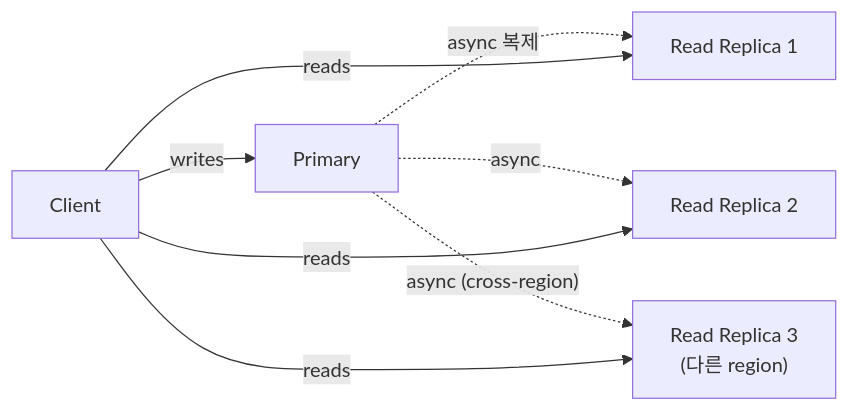
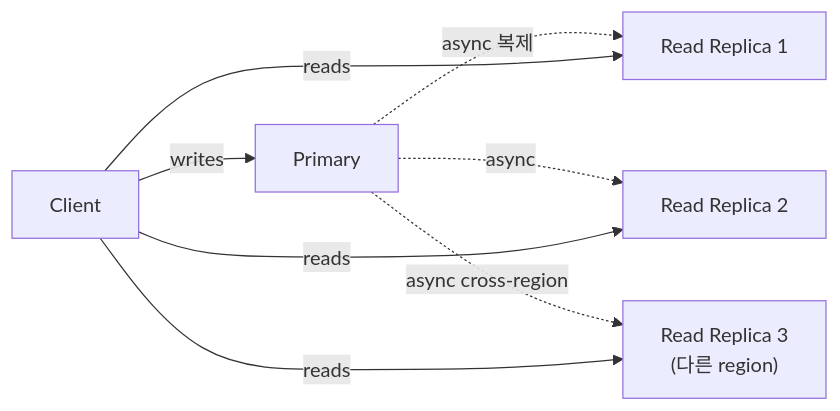
Before and after one commit to shinkeonkim/shinkeonkim.github.io: the second of 6 diagrams in src/content/wiki/cloud/aws-rds-multi-az.mdx, drawn with Mermaid. The commit also changed other lines of this file and 526 other files, not shown here.

First line of the commit message:
content(wiki): 전수조사 및 대규모 보강 (짧은 파일 0, mermaid +645)

````diff
--- a/src/content/wiki/cloud/aws-rds-multi-az.mdx
+++ b/src/content/wiki/cloud/aws-rds-multi-az.mdx
@@ -32,9 +32,9 @@
 ```mermaid
 flowchart LR
     Primary["Primary"]
     Primary -.async 복제.-> R1["Read Replica 1"]
     Primary -.async.-> R2["Read Replica 2"]
-    Primary -.async (cross-region).-> R3["Read Replica 3<br/>(다른 region)"]
+    Primary -.async cross-region.-> R3["Read Replica 3<br/>(다른 region)"]
     Client -->|writes| Primary
     Client -->|reads| R1 & R2 & R3
 ```
````
